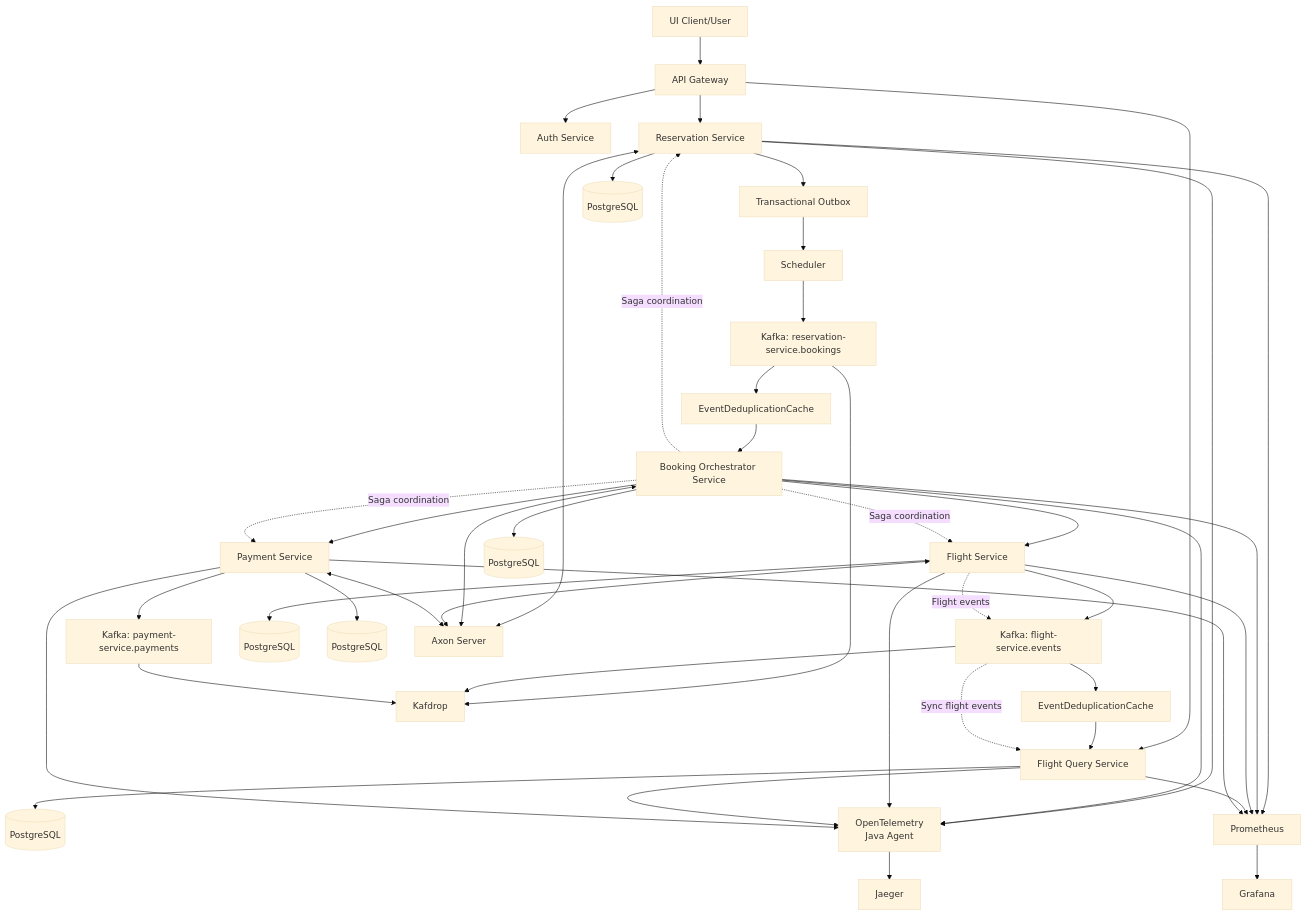
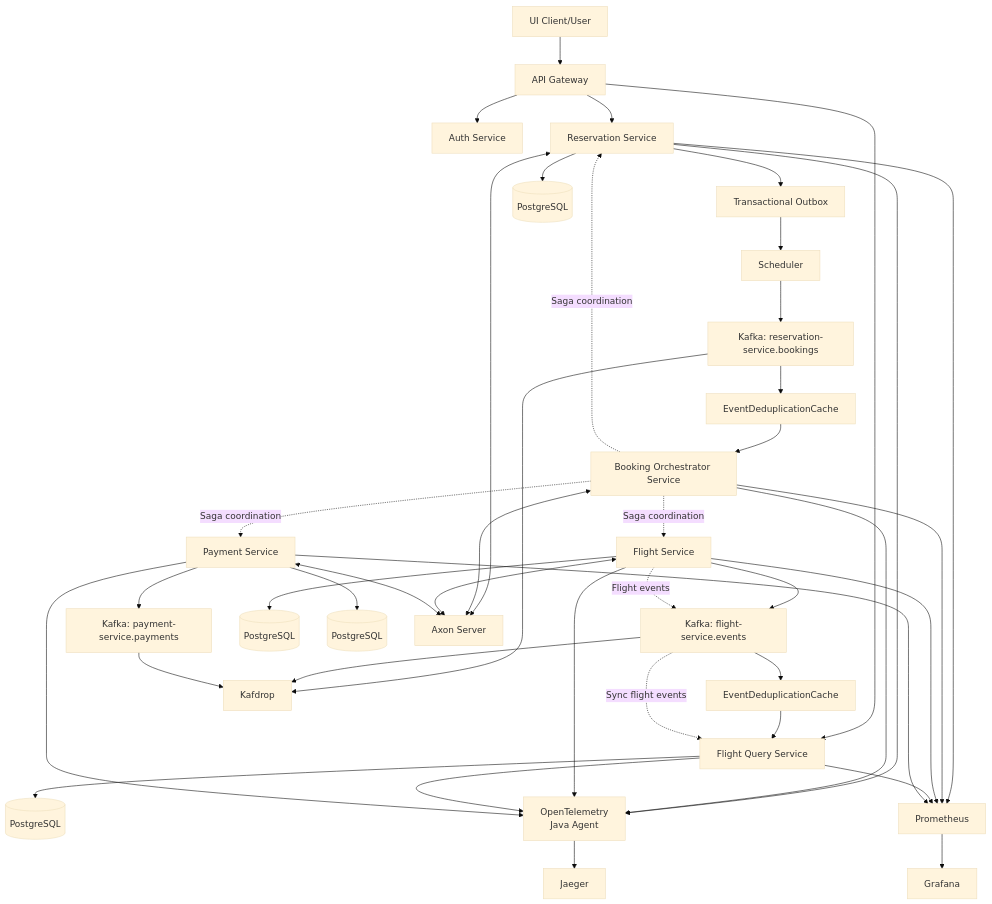
The diagram in design.mmd (vstebletsov89/spring-boot-microservices-saga), drawn with Mermaid (base theme) before and after one commit. The commit also changed 2 other files, not shown here.

```diff
--- a/design.mmd
+++ b/design.mmd
@@ -1,66 +1,66 @@
 graph TD
 UI[UI Client/User] --> GW[API Gateway]
 
 GW --> AUTH[Auth Service]
 GW --> RES[Reservation Service]
 GW --> FQ[Flight Query Service]
 
 RES --> TOB[Transactional Outbox]
 TOB --> SCH[Scheduler]
 
 SCH --> KAFKA_RES_TOPIC[Kafka: reservation-service.bookings]
 KAFKA_RES_TOPIC --> EDC1[EventDeduplicationCache]
 EDC1 --> ORC[Booking Orchestrator Service]
 
-ORC --> FLIGHT[Flight Service]
-ORC --> PAY[Payment Service]
+%%ORC --> FLIGHT[Flight Service]
+%%ORC --> PAY[Payment Service]
 
-FLIGHT --> KAFKA_FLIGHT_TOPIC[Kafka: flight-service.events]
+FLIGHT[Flight Service] --> KAFKA_FLIGHT_TOPIC[Kafka: flight-service.events]
 KAFKA_FLIGHT_TOPIC --> EDC2[EventDeduplicationCache]
 EDC2 --> FQ
 
-PAY --> KAFKA_PAYMENT_TOPIC[Kafka: payment-service.payments]
+PAY[Payment Service] --> KAFKA_PAYMENT_TOPIC[Kafka: payment-service.payments]
 
 %% Databases
 RES --> PGRES[(PostgreSQL)]
-ORC --> PGBOOK[(PostgreSQL)]
+%%ORC --> PGBOOK[(PostgreSQL)]
 FLIGHT --> PGFLIGHT[(PostgreSQL)]
 FQ --> PGQUERY[(PostgreSQL)]
 PAY --> PGPAY[(PostgreSQL)]
 
 %% Axon Server
 RES <--> AXON[Axon Server]
 ORC <--> AXON
 FLIGHT <--> AXON
 PAY <--> AXON
 
 %% Tracing
 RES --> OTEL[OpenTelemetry<br/>Java Agent]
 ORC --> OTEL
 FLIGHT --> OTEL
 FQ --> OTEL
 PAY --> OTEL
 
 %% Monitoring
 RES --> PROM[Prometheus]
 ORC --> PROM
 FLIGHT --> PROM
 FQ --> PROM
 PAY --> PROM
 PROM --> GRAF[Grafana]
 
 OTEL --> JAEGER[Jaeger]
 
 %% Kafka UI
 KAFKA_RES_TOPIC     --> KAFDROP[Kafdrop]
 KAFKA_FLIGHT_TOPIC  --> KAFDROP
 KAFKA_PAYMENT_TOPIC --> KAFDROP
 
 %% Saga Pattern
 ORC -.->|Saga coordination| FLIGHT
 ORC -.->|Saga coordination| PAY
 ORC -.->|Saga coordination| RES
 
 %% Event Flow
 FLIGHT -.->|Flight events| KAFKA_FLIGHT_TOPIC
 KAFKA_FLIGHT_TOPIC -.->|Sync flight events| FQ
```
